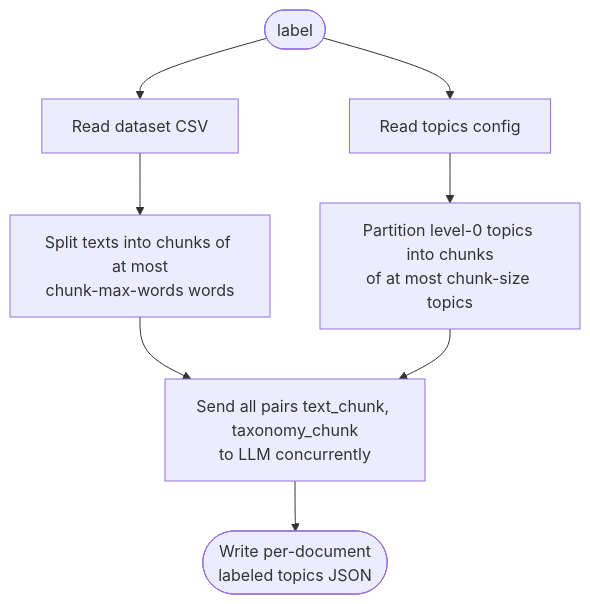
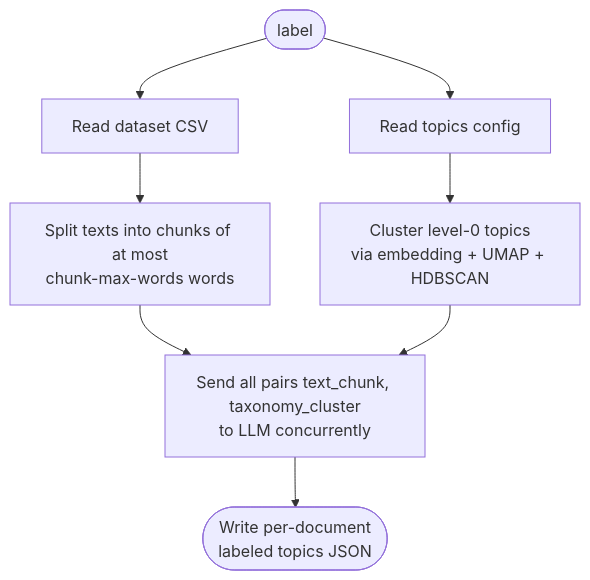
The fifth of 5 diagrams in topic-builder/README.md (dataforgoodfr/cahier_doleances), drawn with Mermaid before and after one commit. The commit also changed other lines of this file and 35 other files, not shown here.

Commit message:
feat: add clustering with fastembed + umap + hdbscan (#7)

````diff
--- a/topic-builder/README.md
+++ b/topic-builder/README.md
@@ -348,10 +346,10 @@
 ```mermaid
 flowchart TD
     A([label]) --> B[Read dataset CSV]
     B --> C[Split texts into chunks of at most\nchunk-max-words words]
     A --> D[Read topics config]
-    D --> E[Partition level-0 topics into chunks\nof at most chunk-size topics]
-    C --> F[Send all pairs text_chunk, taxonomy_chunk\nto LLM concurrently]
+    D --> E[Cluster level-0 topics\nvia embedding + UMAP + HDBSCAN]
+    C --> F[Send all pairs text_chunk, taxonomy_cluster\nto LLM concurrently]
     E --> F
     F --> G([Write per-document\nlabeled topics JSON])
 ```
````
